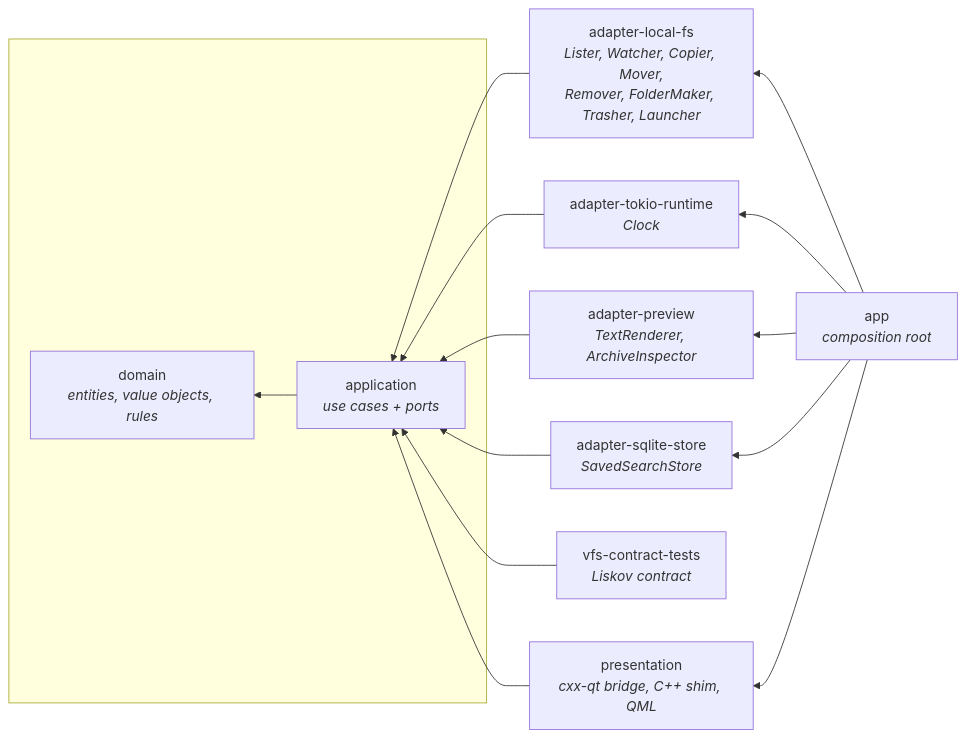
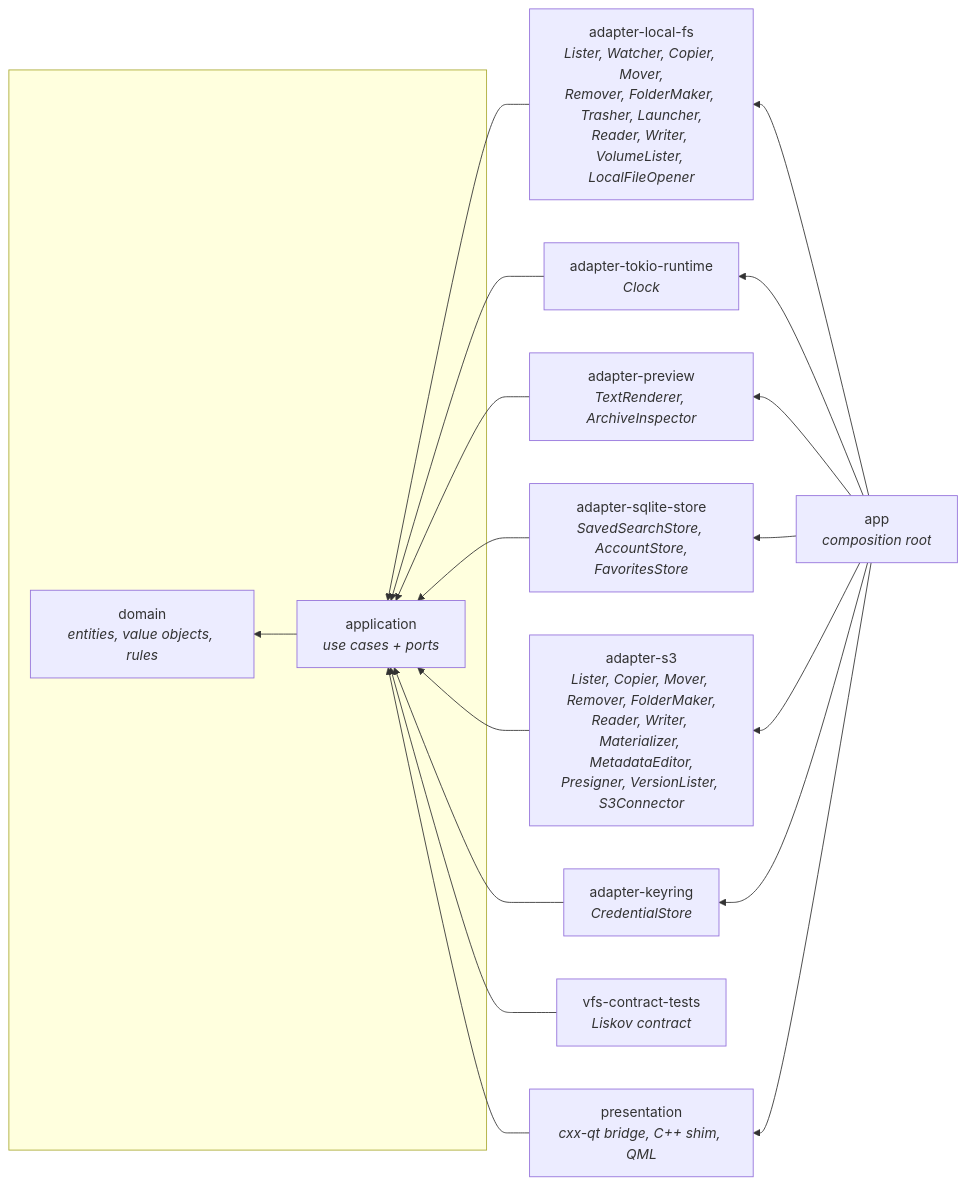
Before and after one commit to gustaavik/findermaxxing: the diagram in docs/architecture.md, drawn with Mermaid. The commit also changed other lines of this file and 90 other files, not shown here.

````diff
--- a/docs/architecture.md
+++ b/docs/architecture.md
@@ -5,21 +5,25 @@
 ```mermaid
 flowchart RL
     subgraph core[" "]
         domain["domain<br/><i>entities, value objects, rules</i>"]
         application["application<br/><i>use cases + ports</i>"]
     end
     application --> domain
 
-    local["adapter-local-fs<br/><i>Lister, Watcher, Copier, Mover,<br/>Remover, FolderMaker, Trasher, Launcher</i>"] --> application
+    local["adapter-local-fs<br/><i>Lister, Watcher, Copier, Mover,<br/>Remover, FolderMaker, Trasher, Launcher,<br/>Reader, Writer, VolumeLister, LocalFileOpener</i>"] --> application
     tokio_rt["adapter-tokio-runtime<br/><i>Clock</i>"] --> application
     preview["adapter-preview<br/><i>TextRenderer, ArchiveInspector</i>"] --> application
-    store["adapter-sqlite-store<br/><i>SavedSearchStore</i>"] --> application
+    store["adapter-sqlite-store<br/><i>SavedSearchStore, AccountStore,<br/>FavoritesStore</i>"] --> application
+    s3["adapter-s3<br/><i>Lister, Copier, Mover, Remover, FolderMaker,<br/>Reader, Writer, Materializer, MetadataEditor,<br/>Presigner, VersionLister, S3Connector</i>"] --> application
+    keyring["adapter-keyring<br/><i>CredentialStore</i>"] --> application
     contract["vfs-contract-tests<br/><i>Liskov contract</i>"] --> application
     presentation["presentation<br/><i>cxx-qt bridge, C++ shim, QML</i>"] --> application
 
     app["app<br/><i>composition root</i>"] --> local
     app --> tokio_rt
     app --> preview
     app --> store
+    app --> s3
+    app --> keyring
     app --> presentation
 ```
````
